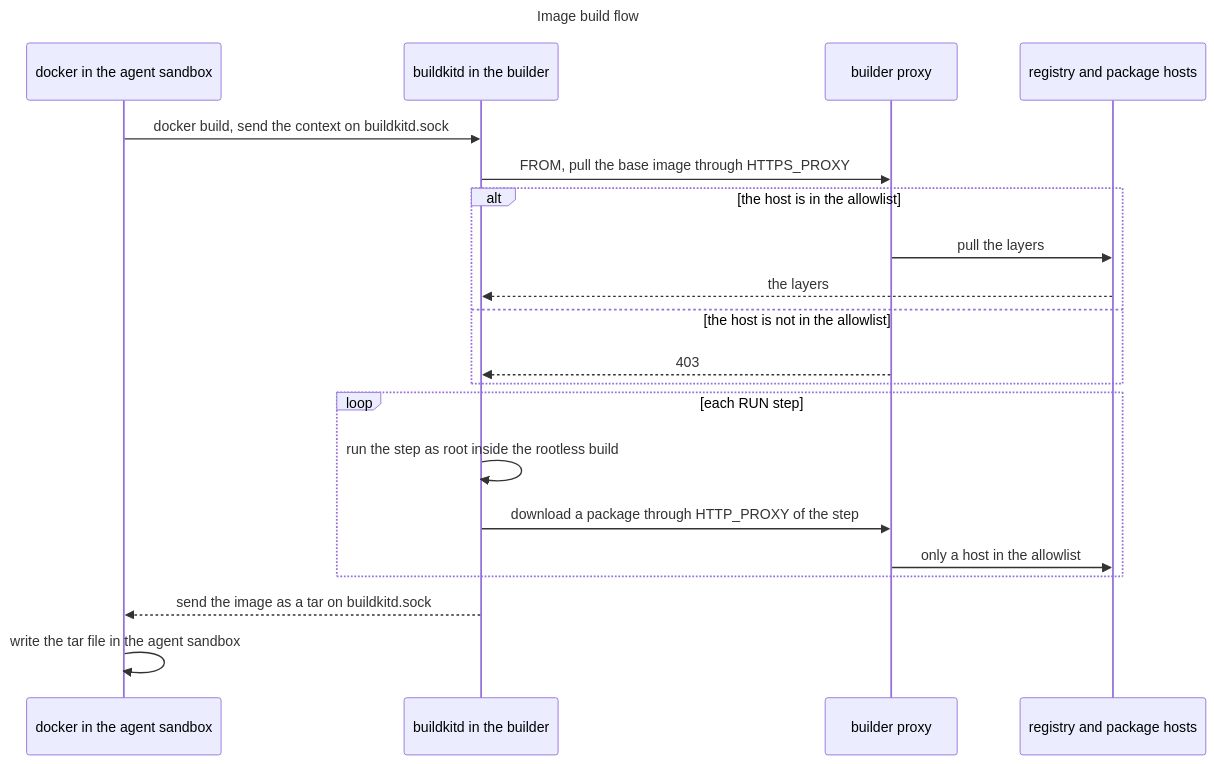
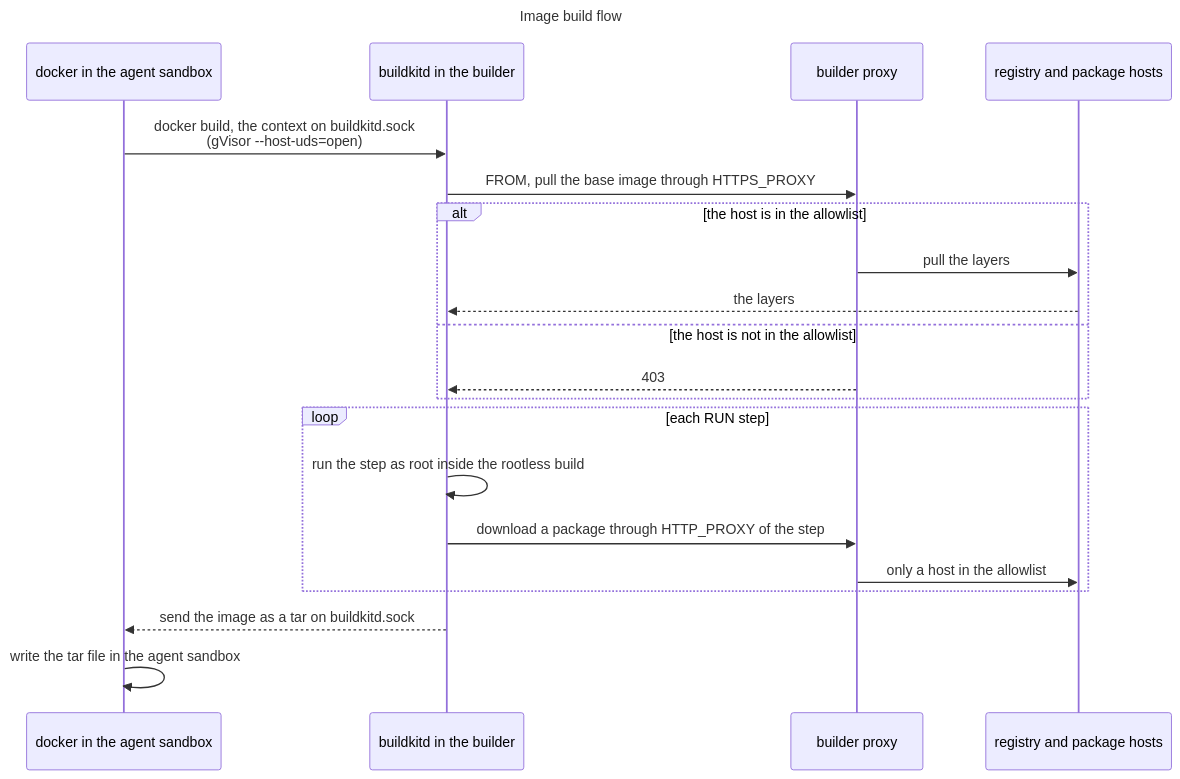
The fifth of 6 diagrams in .devcontainer/README.md (raghav19/engineersdaybook), drawn with Mermaid before and after one commit. The commit also changed other lines of this file, not shown here.

First line of the commit message:
docs: clearer flows: CONNECT and TLS steps, short lines, socket and login

````diff
--- a/.devcontainer/README.md
+++ b/.devcontainer/README.md
@@ -251,25 +256,25 @@
 ```mermaid
 ---
 title: Image build flow
 ---
 sequenceDiagram
     participant Agent as docker in the agent sandbox
     participant BK as buildkitd in the builder
     participant BP as builder proxy
     participant Reg as registry and package hosts
-    Agent->>BK: docker build, send the context on buildkitd.sock
+    Agent->>BK: docker build, the context on buildkitd.sock<br/>(gVisor --host-uds=open)
     BK->>BP: FROM, pull the base image through HTTPS_PROXY
     alt the host is in the allowlist
         BP->>Reg: pull the layers
         Reg-->>BK: the layers
     else the host is not in the allowlist
         BP-->>BK: 403
     end
     loop each RUN step
         BK->>BK: run the step as root inside the rootless build
         BK->>BP: download a package through HTTP_PROXY of the step
         BP->>Reg: only a host in the allowlist
     end
     BK-->>Agent: send the image as a tar on buildkitd.sock
     Agent->>Agent: write the tar file in the agent sandbox
 ```
````
